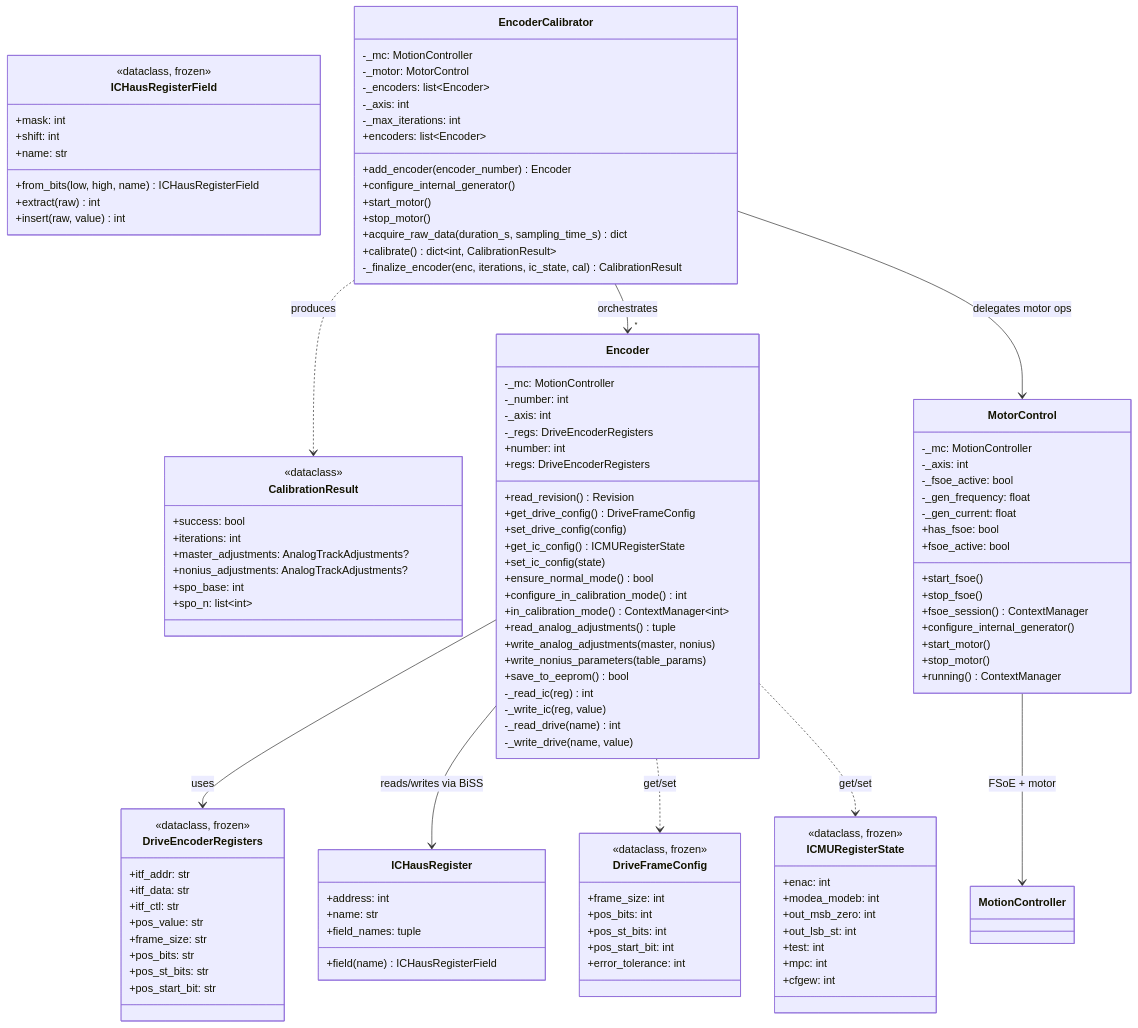
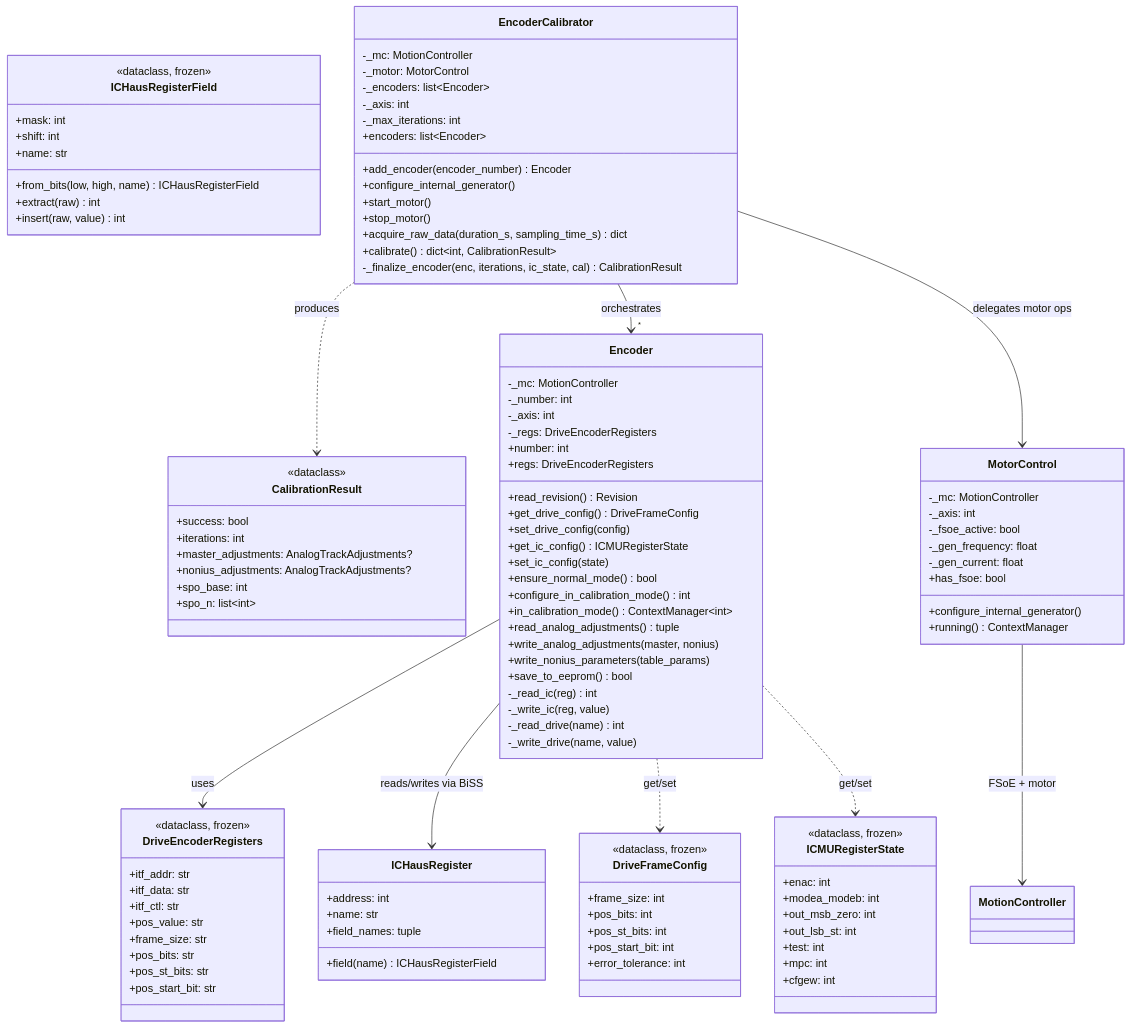
Before and after one commit to ingeniamc/iC-Haus-magnetic-encoder-calibration: the third of 3 diagrams in architecture.md, drawn with Mermaid. The commit also changed 7 other files, not shown here.

```diff
--- a/architecture.md
+++ b/architecture.md
@@ -316,13 +316,7 @@
         -_gen_frequency: float
         -_gen_current: float
         +has_fsoe: bool
-        +fsoe_active: bool
-        +start_fsoe()
-        +stop_fsoe()
-        +fsoe_session() ContextManager
         +configure_internal_generator()
-        +start_motor()
-        +stop_motor()
         +running() ContextManager
     }
 
```
